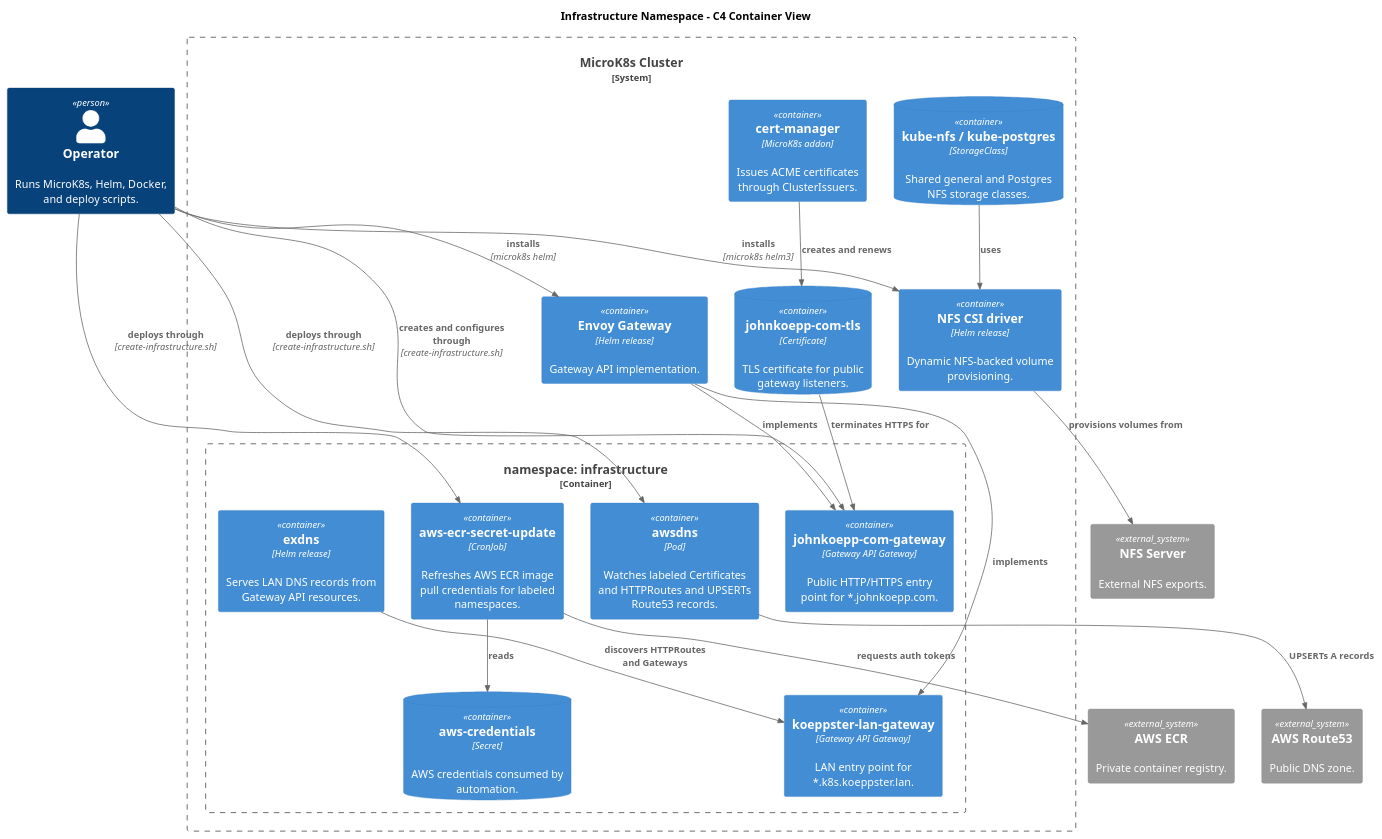
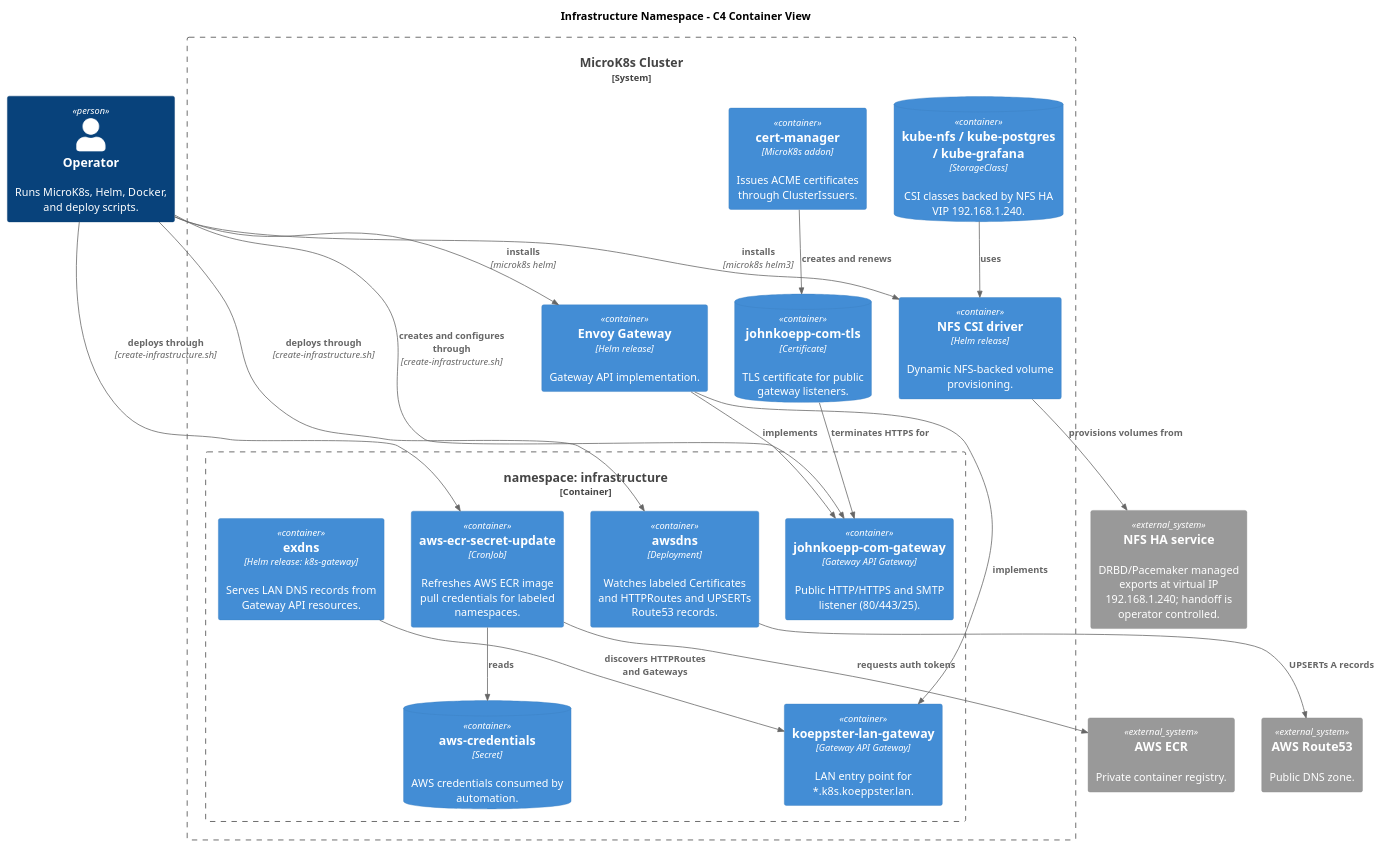
One commit to koeppj/kubernetes-sandbox changed the diagram in docs/c4/infrastructure.puml. Above: the diagram before and after it, drawn with PlantUML. The commit also changed 11 other files, not shown here.

```diff
--- a/docs/c4/infrastructure.puml
+++ b/docs/c4/infrastructure.puml
@@ -1,45 +1,45 @@
 @startuml infrastructure
 !includeurl https://raw.githubusercontent.com/plantuml-stdlib/C4-PlantUML/master/C4_Container.puml
 
 title Infrastructure Namespace - C4 Container View
 
 Person(operator, "Operator", "Runs MicroK8s, Helm, Docker, and deploy scripts.")
 
 System_Boundary(cluster, "MicroK8s Cluster") {
   Container_Boundary(infra, "namespace: infrastructure") {
-    Container(gwPublic, "johnkoepp-com-gateway", "Gateway API Gateway", "Public HTTP/HTTPS entry point for *.johnkoepp.com.")
+    Container(gwPublic, "johnkoepp-com-gateway", "Gateway API Gateway", "Public HTTP/HTTPS and SMTP listener (80/443/25).")
     Container(gwLan, "koeppster-lan-gateway", "Gateway API Gateway", "LAN entry point for *.k8s.koeppster.lan.")
-    Container(awsdns, "awsdns", "Pod", "Watches labeled Certificates and HTTPRoutes and UPSERTs Route53 records.")
+    Container(awsdns, "awsdns", "Deployment", "Watches labeled Certificates and HTTPRoutes and UPSERTs Route53 records.")
     Container(ecrRefresh, "aws-ecr-secret-update", "CronJob", "Refreshes AWS ECR image pull credentials for labeled namespaces.")
-    Container(k8sGateway, "exdns", "Helm release", "Serves LAN DNS records from Gateway API resources.")
+    Container(k8sGateway, "exdns", "Helm release: k8s-gateway", "Serves LAN DNS records from Gateway API resources.")
     ContainerDb(awsCreds, "aws-credentials", "Secret", "AWS credentials consumed by automation.")
   }
 
   Container(certManager, "cert-manager", "MicroK8s addon", "Issues ACME certificates through ClusterIssuers.")
   Container(envoy, "Envoy Gateway", "Helm release", "Gateway API implementation.")
   Container(nfsCsi, "NFS CSI driver", "Helm release", "Dynamic NFS-backed volume provisioning.")
-  ContainerDb(kubeNfs, "kube-nfs / kube-postgres", "StorageClass", "Shared general and Postgres NFS storage classes.")
+  ContainerDb(kubeNfs, "kube-nfs / kube-postgres / kube-grafana", "StorageClass", "CSI classes backed by NFS HA VIP 192.168.1.240.")
   ContainerDb(gatewayCert, "johnkoepp-com-tls", "Certificate", "TLS certificate for public gateway listeners.")
 }
 
 System_Ext(route53, "AWS Route53", "Public DNS zone.")
 System_Ext(ecr, "AWS ECR", "Private container registry.")
-System_Ext(nfs, "NFS Server", "External NFS exports.")
+System_Ext(nfs, "NFS HA service", "DRBD/Pacemaker managed exports at virtual IP 192.168.1.240; handoff is operator controlled.")
 
 Rel(operator, gwPublic, "creates and configures through", "create-infrastructure.sh")
 Rel(operator, awsdns, "deploys through", "create-infrastructure.sh")
 Rel(operator, ecrRefresh, "deploys through", "create-infrastructure.sh")
 Rel(operator, envoy, "installs", "microk8s helm")
 Rel(operator, nfsCsi, "installs", "microk8s helm3")
 Rel(certManager, gatewayCert, "creates and renews")
 Rel(gatewayCert, gwPublic, "terminates HTTPS for")
 Rel(envoy, gwPublic, "implements")
 Rel(envoy, gwLan, "implements")
 Rel(awsdns, route53, "UPSERTs A records")
 Rel(ecrRefresh, ecr, "requests auth tokens")
 Rel(ecrRefresh, awsCreds, "reads")
 Rel(nfsCsi, nfs, "provisions volumes from")
 Rel(kubeNfs, nfsCsi, "uses")
 Rel(k8sGateway, gwLan, "discovers HTTPRoutes and Gateways")
 
 @enduml
```
